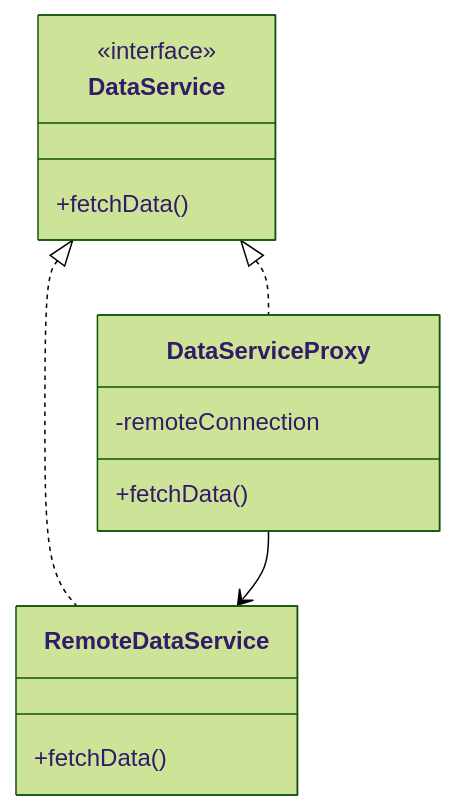
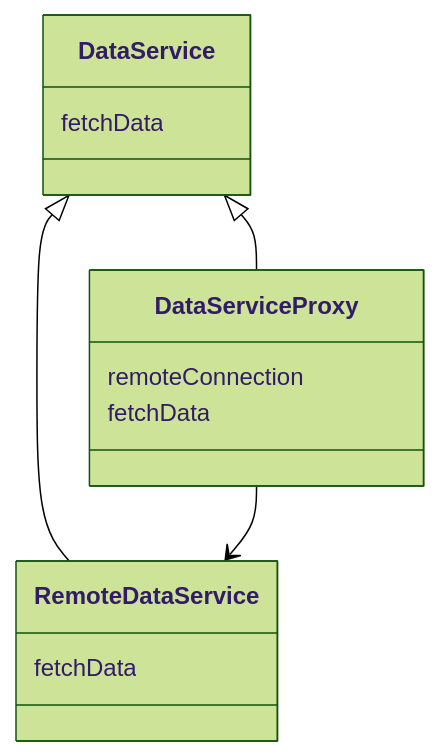
The ninth of 10 diagrams in src/content/lld-proxy-design-pattern.md (gojosatoru123-ux/CacheU), drawn with Mermaid (forest theme) before and after one commit. The commit also changed other lines of this file and 21 other files, not shown here.

````diff
--- a/src/content/lld-proxy-design-pattern.md
+++ b/src/content/lld-proxy-design-pattern.md
@@ -681,20 +682,20 @@
 ```mermaid
 classDiagram
-    class DataService {
-        <<interface>>
-        +fetchData()
-    }
 
-    class RemoteDataService {
-        +fetchData()
-    }
+class DataService {
+    fetchData
+}
 
-    class DataServiceProxy {
-        -remoteConnection
-        +fetchData()
-    }
+class RemoteDataService {
+    fetchData
+}
 
-    DataService <|.. RemoteDataService
-    DataService <|.. DataServiceProxy
-    DataServiceProxy --> RemoteDataService
+class DataServiceProxy {
+    remoteConnection
+    fetchData
+}
+
+DataService <|-- RemoteDataService
+DataService <|-- DataServiceProxy
+DataServiceProxy --> RemoteDataService
 ```
````
